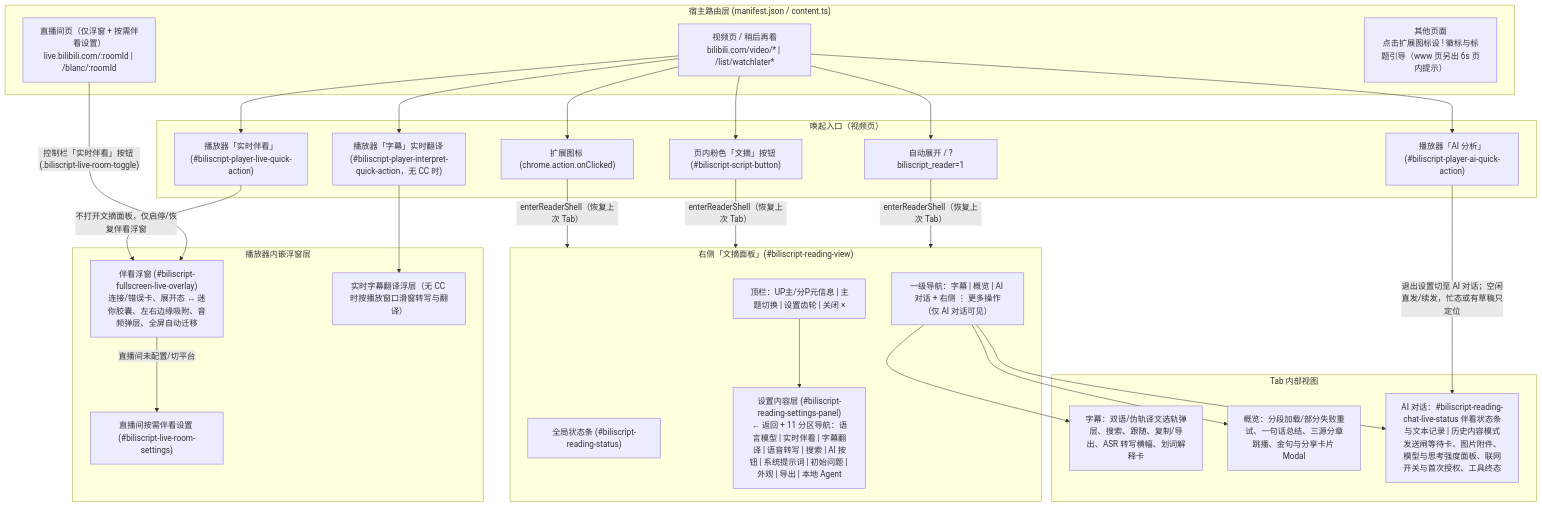
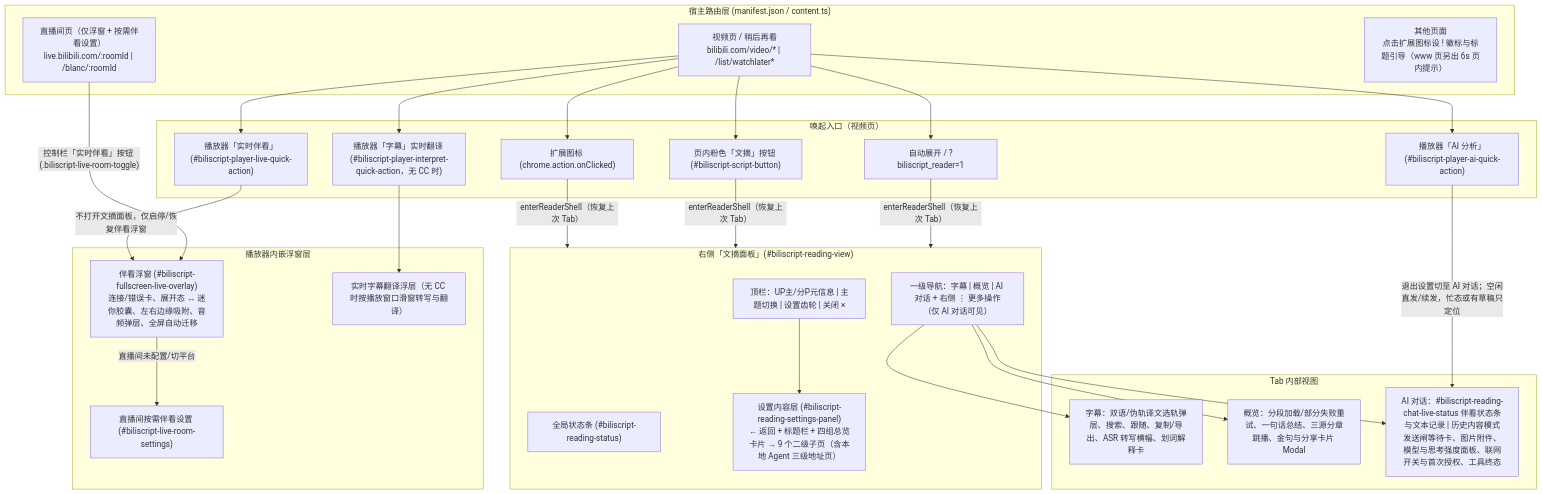
The diagram in docs/UX_AUDIT_ROADMAP.md (Edmund724/BiliScript), drawn with Mermaid before and after one commit. The commit also changed other lines of this file and 18 other files, not shown here.

````diff
--- a/docs/UX_AUDIT_ROADMAP.md
+++ b/docs/UX_AUDIT_ROADMAP.md
@@ -11,46 +11,46 @@
 ```mermaid
 flowchart TD
     subgraph Host["宿主路由层 (manifest.json / content.ts)"]
         V["视频页 / 稍后再看<br/>bilibili.com/video/* | /list/watchlater*"]
         L["直播间页（仅浮窗 + 按需伴看设置）<br/>live.bilibili.com/:roomId | /blanc/:roomId"]
         O["其他页面<br/>点击扩展图标设 ! 徽标与标题引导（www 页另出 6s 页内提示）"]
     end
 
     subgraph Entries["唤起入口（视频页）"]
         E1["扩展图标 (chrome.action.onClicked)"]
         E2["页内粉色「文摘」按钮 (#biliscript-script-button)"]
         E3["播放器「AI 分析」(#biliscript-player-ai-quick-action)"]
         E4["播放器「实时伴看」(#biliscript-player-live-quick-action)"]
         E5["播放器「字幕」实时翻译 (#biliscript-player-interpret-quick-action，无 CC 时)"]
         E6["自动展开 / ?biliscript_reader=1"]
     end
 
     subgraph Shell["右侧「文摘面板」(#biliscript-reading-view)"]
         Header["顶栏：UP主/分P元信息 | 主题切换 | 设置齿轮 | 关闭 ×"]
         Status["全局状态条 (#biliscript-reading-status)"]
-        Settings["设置内容层 (#biliscript-reading-settings-panel)<br/>← 返回 + 11 分区导航：语言模型 | 实时伴看 | 字幕翻译 | 语音转写 | 搜索 | AI 按钮 | 系统提示词 | 初始问题 | 外观 | 导出 | 本地 Agent"]
+        Settings["设置内容层 (#biliscript-reading-settings-panel)<br/>← 返回 + 标题栏 + 四组总览卡片 → 9 个二级子页（含本地 Agent 三级地址页）"]
         Tabs["一级导航：字幕 | 概览 | AI 对话 + 右侧 ⋮ 更多操作（仅 AI 对话可见）"]
     end
 
     subgraph SubViews["Tab 内部视图"]
         T1["字幕：双语/伪轨译文选轨弹层、搜索、跟随、复制/导出、ASR 转写横幅、划词解释卡"]
         T2["概览：分段加载/部分失败重试、一句话总结、三源分章跳播、金句与分享卡片 Modal"]
         T3["AI 对话：#biliscript-reading-chat-live-status 伴看状态条与文本记录 | 历史内容模式<br/>发送闸等待卡、图片附件、模型与思考强度面板、联网开关与首次授权、工具终态"]
     end
 
     subgraph PlayerOverlay["播放器内嵌浮窗层"]
         LiveUI["伴看浮窗 (#biliscript-fullscreen-live-overlay)<br/>连接/错误卡、展开态 ↔ 迷你胶囊、左右边缘吸附、音频弹层、全屏自动迁移"]
         LiveSettings["直播间按需伴看设置 (#biliscript-live-room-settings)"]
         InterpretUI["实时字幕翻译浮层（无 CC 时按播放窗口滑窗转写与翻译）"]
     end
 
     V --> E1 & E2 & E3 & E4 & E5 & E6
     E1 & E2 & E6 -->|"enterReaderShell（恢复上次 Tab）"| Shell
     E3 -->|"退出设置切至 AI 对话；空闲直发/续发，忙态或有草稿只定位"| T3
     E4 -->|"不打开文摘面板，仅启停/恢复伴看浮窗"| LiveUI
     E5 --> InterpretUI
     L -->|"控制栏「实时伴看」按钮 (.biliscript-live-room-toggle)"| LiveUI
     LiveUI -->|"直播间未配置/切平台"| LiveSettings
     Header --> Settings
     Tabs --> T1 & T2 & T3
 ```
````
